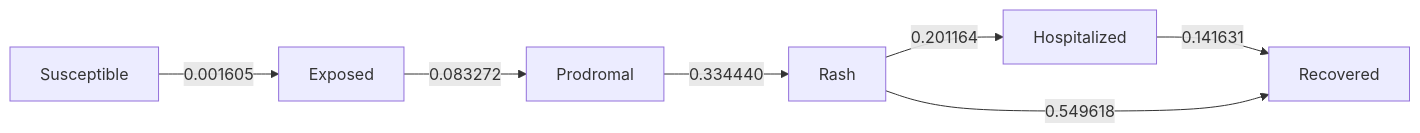
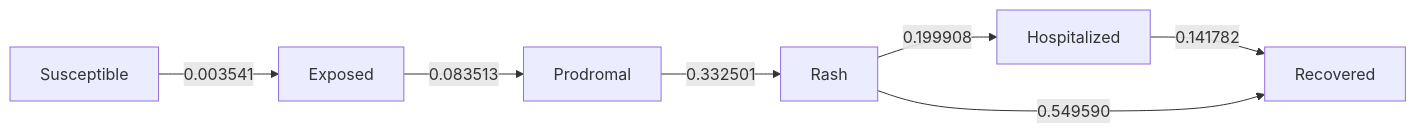
One commit to EpiForeSITE/epiworld-measles changed the diagram in scenarios/canyon_crest_74/README.md. Above: the diagram before and after it, drawn with Mermaid. The commit also changed other lines of this file and 6 other files, not shown here.

````diff
--- a/scenarios/canyon_crest_74/README.md
+++ b/scenarios/canyon_crest_74/README.md
@@ -103,16 +104,16 @@
 ``` mermaid
 flowchart LR
     s0[Exposed]
     s1[Hospitalized]
     s2[Prodromal]
     s3[Rash]
     s4[Recovered]
     s5[Susceptible]
-    s0 -->|0.083272| s2
-    s1 -->|0.141631| s4
-    s2 -->|0.334440| s3
-    s3 -->|0.201164| s1
-    s3 -->|0.549618| s4
-    s5 -->|0.001605| s0
+    s0 -->|0.083513| s2
+    s1 -->|0.141782| s4
+    s2 -->|0.332501| s3
+    s3 -->|0.199908| s1
+    s3 -->|0.549590| s4
+    s5 -->|0.003541| s0
 
 ```
````
